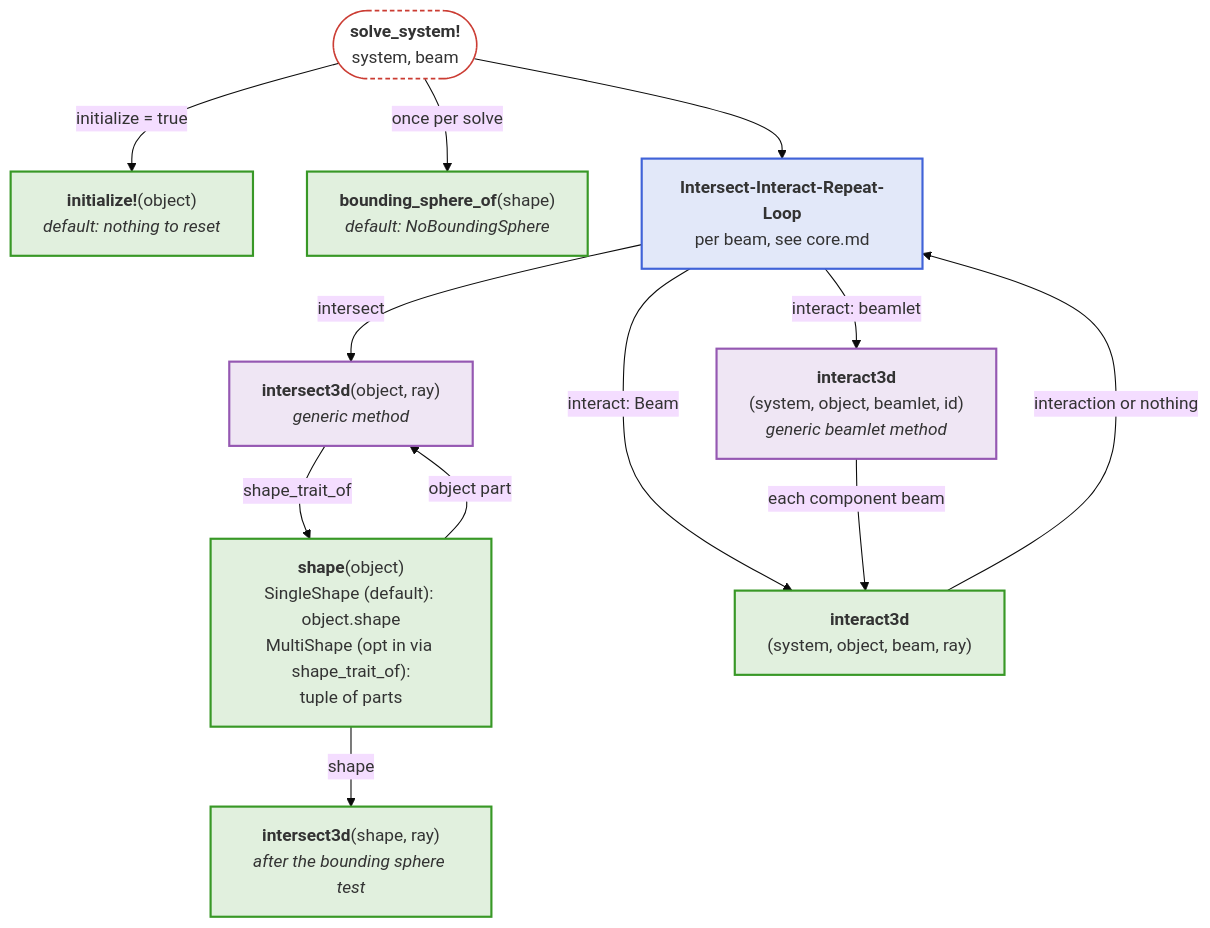
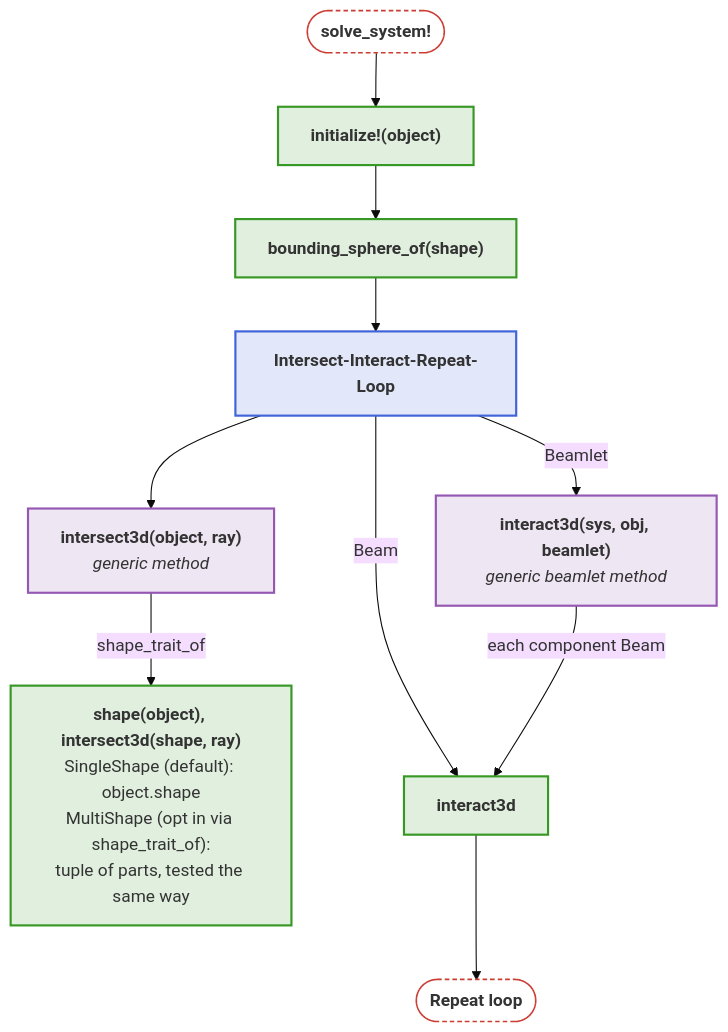
Before and after one commit to JuliaPhysics/BeamletOptics.jl: the first of 2 diagrams in docs/src/api/components.md, drawn with Mermaid (base theme). The commit also changed other lines of this file and 8 other files, not shown here.

First line of the commit message:
Docs: diagrams narrow and colored by group, rules in "Readable diagrams"

````diff
--- a/docs/src/api/components.md
+++ b/docs/src/api/components.md
@@ -9,33 +9,29 @@
 ```mermaid
 flowchart TB
-    S(["<b>solve_system!</b><br/>system, beam"])
-    INI["<b>initialize!</b>(object)<br/><i>default: nothing to reset</i>"]
-    BSO["<b>bounding_sphere_of</b>(shape)<br/><i>default: NoBoundingSphere</i>"]
-    LOOP["<b>Intersect-Interact-Repeat-Loop</b><br/>per beam, see core.md"]
-    IX["<b>intersect3d</b>(object, ray)<br/><i>generic method</i>"]
-    SHP["<b>shape</b>(object)<br/>SingleShape (default): object.shape<br/>MultiShape (opt in via shape_trait_of):<br/>tuple of parts"]
-    ISH["<b>intersect3d</b>(shape, ray)<br/><i>after the bounding sphere test</i>"]
-    GB["<b>interact3d</b><br/>(system, object, beamlet, id)<br/><i>generic beamlet method</i>"]
-    INT["<b>interact3d</b><br/>(system, object, beam, ray)"]
+    S(["<b>solve_system!</b>"])
+    INI["<b>initialize!(object)</b>"]
+    BSO["<b>bounding_sphere_of(shape)</b>"]
+    LOOP["<b>Intersect-Interact-Repeat-Loop</b>"]
+    IX["<b>intersect3d(object, ray)</b><br/><i>generic method</i>"]
+    GB["<b>interact3d(sys, obj, beamlet)</b><br/><i>generic beamlet method</i>"]
+    SHP["<b>shape(object), intersect3d(shape, ray)</b><br/>SingleShape (default): object.shape<br/>MultiShape (opt in via shape_trait_of):<br/>tuple of parts, tested the same way"]
+    INT["<b>interact3d</b>"]
+    BACK(["<b>Repeat loop</b>"])
 
-    S -- "initialize = true" --> INI
-    S -- "once per solve" --> BSO
-    S --> LOOP
-    LOOP -- intersect --> IX
+    S --> INI --> BSO --> LOOP
+    LOOP --> IX
+    LOOP -- "Beamlet" --> GB
+    LOOP -- "Beam" --> INT
     IX -- shape_trait_of --> SHP
-    SHP -- "shape" --> ISH
-    SHP -- "object part" --> IX
-    LOOP -- "interact: Beam" --> INT
-    LOOP -- "interact: beamlet" --> GB
-    GB -- "each component beam" --> INT
-    INT -- "interaction or nothing" --> LOOP
+    GB -- "each component Beam" --> INT
+    INT --> BACK
 
     classDef blue fill:#4063D826,stroke:#4063D8,stroke-width:2px
     classDef green fill:#38982626,stroke:#389826,stroke-width:2px
     classDef purple fill:#9558B226,stroke:#9558B2,stroke-width:2px
     classDef terminal fill:transparent,stroke:#CB3C33,stroke-width:1.5px,stroke-dasharray:4 3
     class LOOP blue
-    class INI,BSO,SHP,ISH,INT green
+    class INI,BSO,SHP,INT green
     class IX,GB purple
-    class S terminal
+    class S,BACK terminal
 ```
````
